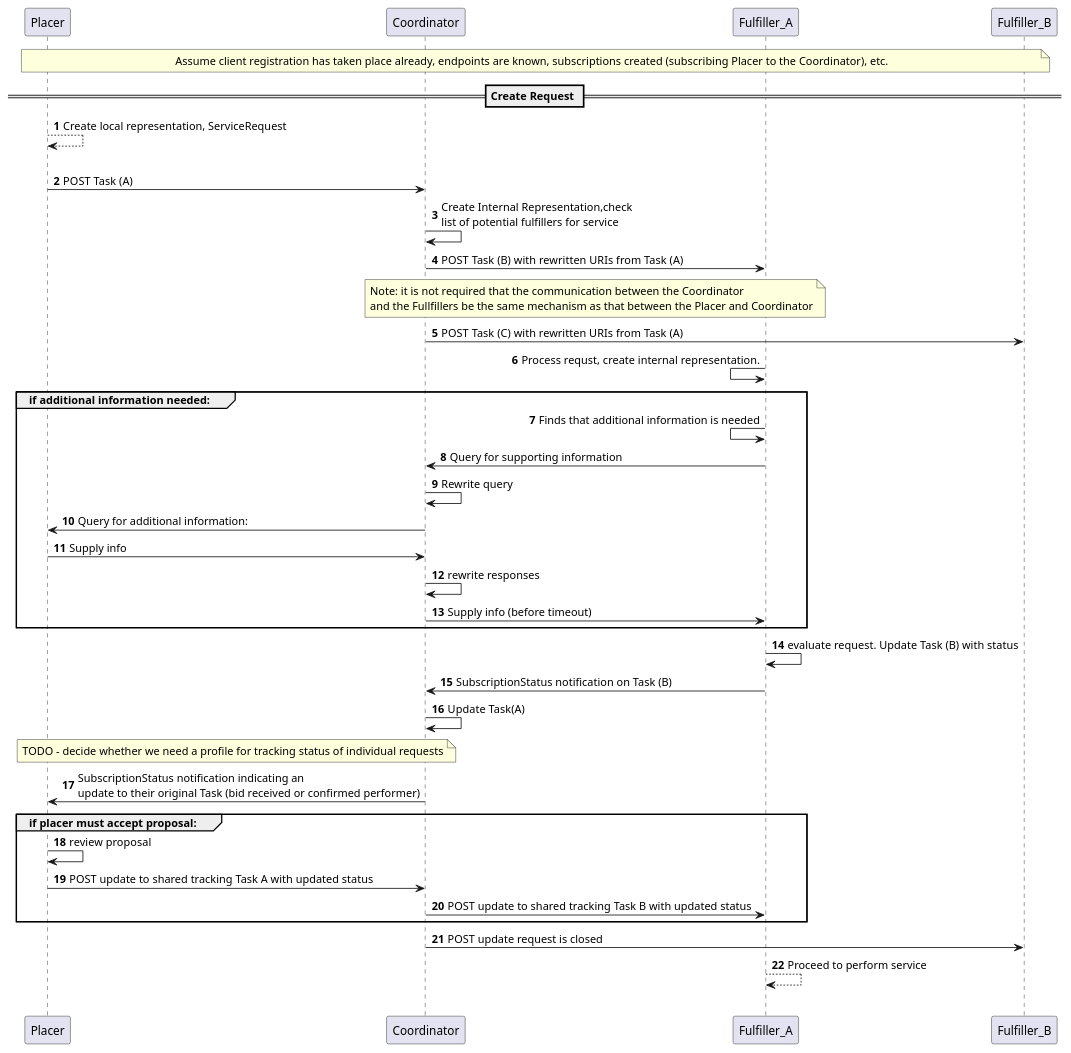
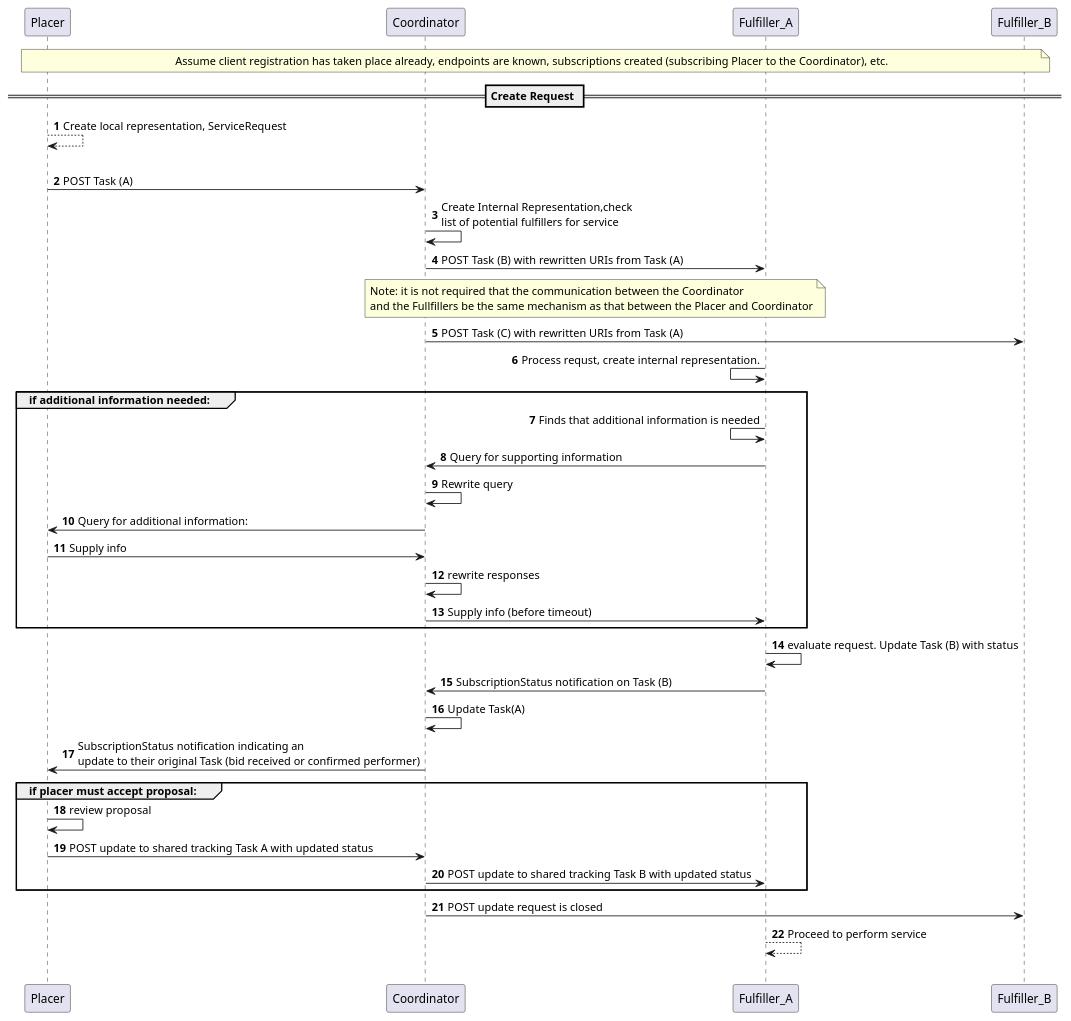
Before and after one commit to HL7/fhir-cow-ig: the diagram in input/images-source/subscriptions-task-at-coordinator-mediating-requests.plantuml, drawn with PlantUML.

Commit message:
Update subscriptions-task-at-coordinator-mediating-requests.plantuml
Remove TODO

```diff
--- a/input/images-source/subscriptions-task-at-coordinator-mediating-requests.plantuml
+++ b/input/images-source/subscriptions-task-at-coordinator-mediating-requests.plantuml
@@ -1,67 +1,65 @@
 @startuml
 autonumber
 
 participant Placer order 10
 participant Coordinator order 20
 participant Fulfiller_A order 30 
 participant Fulfiller_B order 40
 
 note over Placer,Fulfiller_B: Assume client registration has taken place already, endpoints are known, subscriptions created (subscribing Placer to the Coordinator), etc. 
 
 == Create Request ==
 
 Placer --> Placer : Create local representation, ServiceRequest
 
 ||20||
 
 Placer -> Coordinator: POST Task (A)
 
 Coordinator -> Coordinator: Create Internal Representation,check\nlist of potential fulfillers for service
 
 Coordinator -> Fulfiller_A: POST Task (B) with rewritten URIs from Task (A)
 
 note over Coordinator, Fulfiller_A: Note: it is not required that the communication between the Coordinator\nand the Fullfillers be the same mechanism as that between the Placer and Coordinator
 
 Coordinator -> Fulfiller_B: POST Task (C) with rewritten URIs from Task (A)
 
 Fulfiller_A <- Fulfiller_A: Process requst, create internal representation. 
 
 group if additional information needed:
 
     Fulfiller_A <- Fulfiller_A: Finds that additional information is needed
     Fulfiller_A -> Coordinator: Query for supporting information 
     Coordinator -> Coordinator: Rewrite query
     Coordinator -> Placer: Query for additional information:
     Placer -> Coordinator: Supply info
     Coordinator -> Coordinator: rewrite responses
     Coordinator -> Fulfiller_A: Supply info (before timeout)
 
 end
 
 Fulfiller_A -> Fulfiller_A: evaluate request. Update Task (B) with status
 
 Fulfiller_A -> Coordinator: SubscriptionStatus notification on Task (B) 
 
 Coordinator -> Coordinator: Update Task(A) 
 
-note over Coordinator, Placer: TODO - decide whether we need a profile for tracking status of individual requests
-
 Coordinator -> Placer: SubscriptionStatus notification indicating an\nupdate to their original Task (bid received or confirmed performer)
 
 group if placer must accept proposal:
 
     Placer -> Placer: review proposal
 
     Placer -> Coordinator: POST update to shared tracking Task A with updated status
 
     Coordinator -> Fulfiller_A: POST update to shared tracking Task B with updated status
 
 end
 
 Coordinator -> Fulfiller_B: POST update request is closed
 
 Fulfiller_A--> Fulfiller_A: Proceed to perform service
 
 
 ||20||
 @enduml
```
